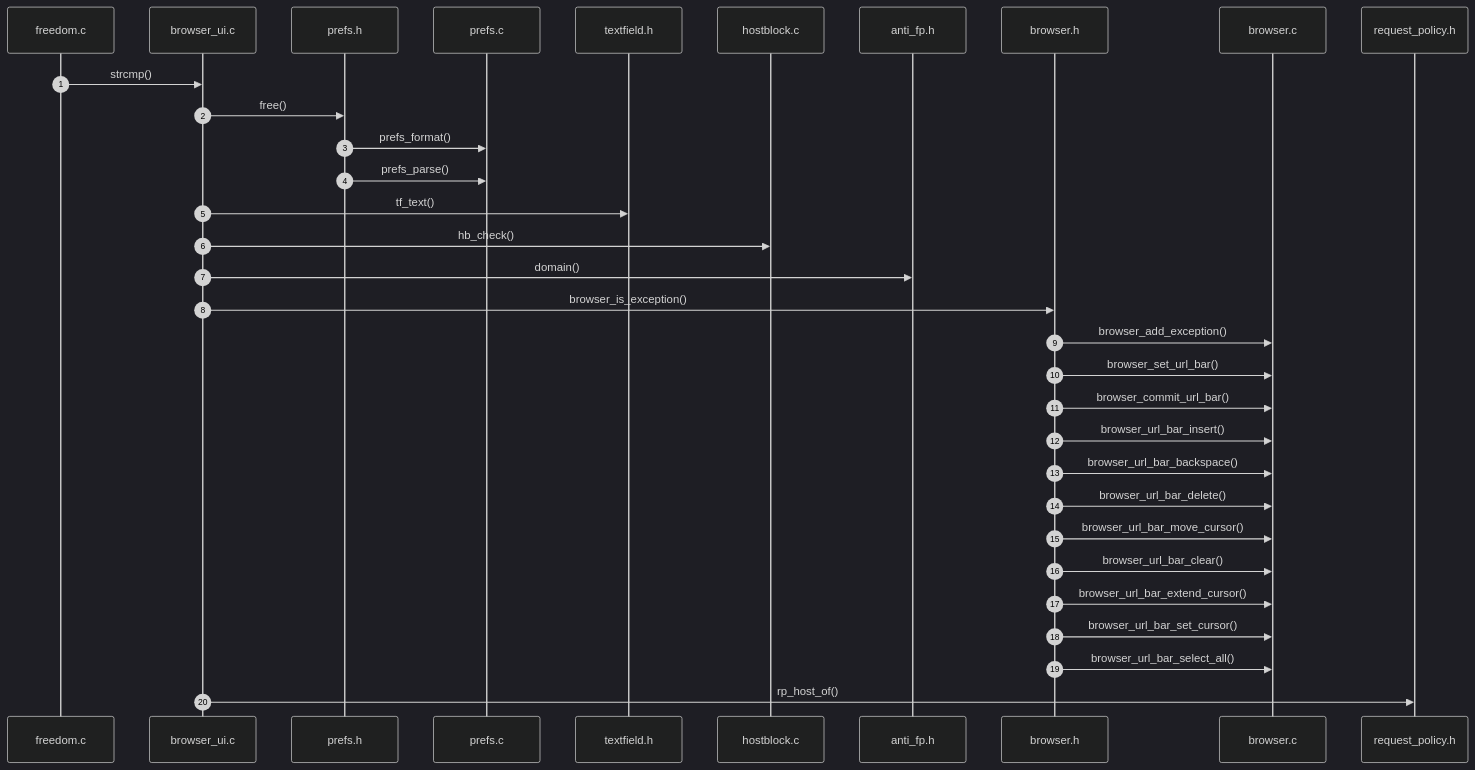
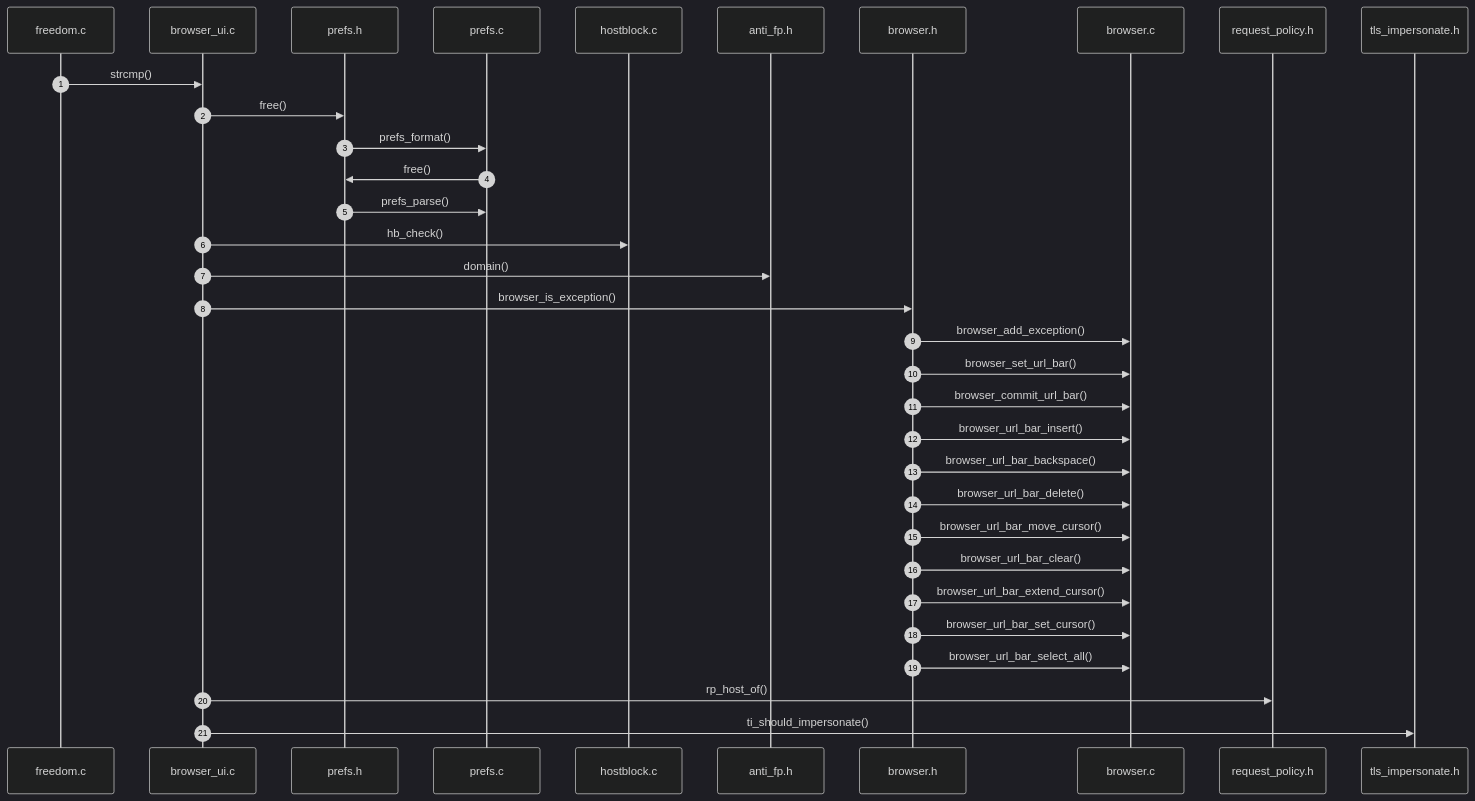
One commit to grisuno/FreeDom changed the fifth of 7 diagrams in readmenator-apidocs/architecture.md. Above: the diagram before and after it, drawn with Mermaid (dark theme). The commit also changed other lines of this file and 253 other files, not shown here.

````diff
--- a/readmenator-apidocs/architecture.md
+++ b/readmenator-apidocs/architecture.md
@@ -235,34 +242,35 @@
 ```mermaid
 sequenceDiagram
     autonumber
     participant p_src_freedom_c as freedom.c
     participant p_gui_browser_ui_c as browser_ui.c
     participant p_include_prefs_h as prefs.h
     participant p_src_prefs_c as prefs.c
-    participant p_include_textfield_h as textfield.h
     participant p_src_hostblock_c as hostblock.c
     participant p_include_anti_fp_h as anti_fp.h
     participant p_include_browser_h as browser.h
     participant p_src_browser_c as browser.c
     participant p_include_request_policy_h as request_policy.h
+    participant p_include_tls_impersonate_h as tls_impersonate.h
     p_src_freedom_c->>p_gui_browser_ui_c: strcmp()
     p_gui_browser_ui_c->>p_include_prefs_h: free()
     p_include_prefs_h->>p_src_prefs_c: prefs_format()
+    p_src_prefs_c->>p_include_prefs_h: free()
     p_include_prefs_h->>p_src_prefs_c: prefs_parse()
-    p_gui_browser_ui_c->>p_include_textfield_h: tf_text()
     p_gui_browser_ui_c->>p_src_hostblock_c: hb_check()
     p_gui_browser_ui_c->>p_include_anti_fp_h: domain()
     p_gui_browser_ui_c->>p_include_browser_h: browser_is_exception()
     p_include_browser_h->>p_src_browser_c: browser_add_exception()
     p_include_browser_h->>p_src_browser_c: browser_set_url_bar()
     p_include_browser_h->>p_src_browser_c: browser_commit_url_bar()
     p_include_browser_h->>p_src_browser_c: browser_url_bar_insert()
     p_include_browser_h->>p_src_browser_c: browser_url_bar_backspace()
     p_include_browser_h->>p_src_browser_c: browser_url_bar_delete()
     p_include_browser_h->>p_src_browser_c: browser_url_bar_move_cursor()
     p_include_browser_h->>p_src_browser_c: browser_url_bar_clear()
     p_include_browser_h->>p_src_browser_c: browser_url_bar_extend_cursor()
     p_include_browser_h->>p_src_browser_c: browser_url_bar_set_cursor()
     p_include_browser_h->>p_src_browser_c: browser_url_bar_select_all()
     p_gui_browser_ui_c->>p_include_request_policy_h: rp_host_of()
+    p_gui_browser_ui_c->>p_include_tls_impersonate_h: ti_should_impersonate()
 ```
````
